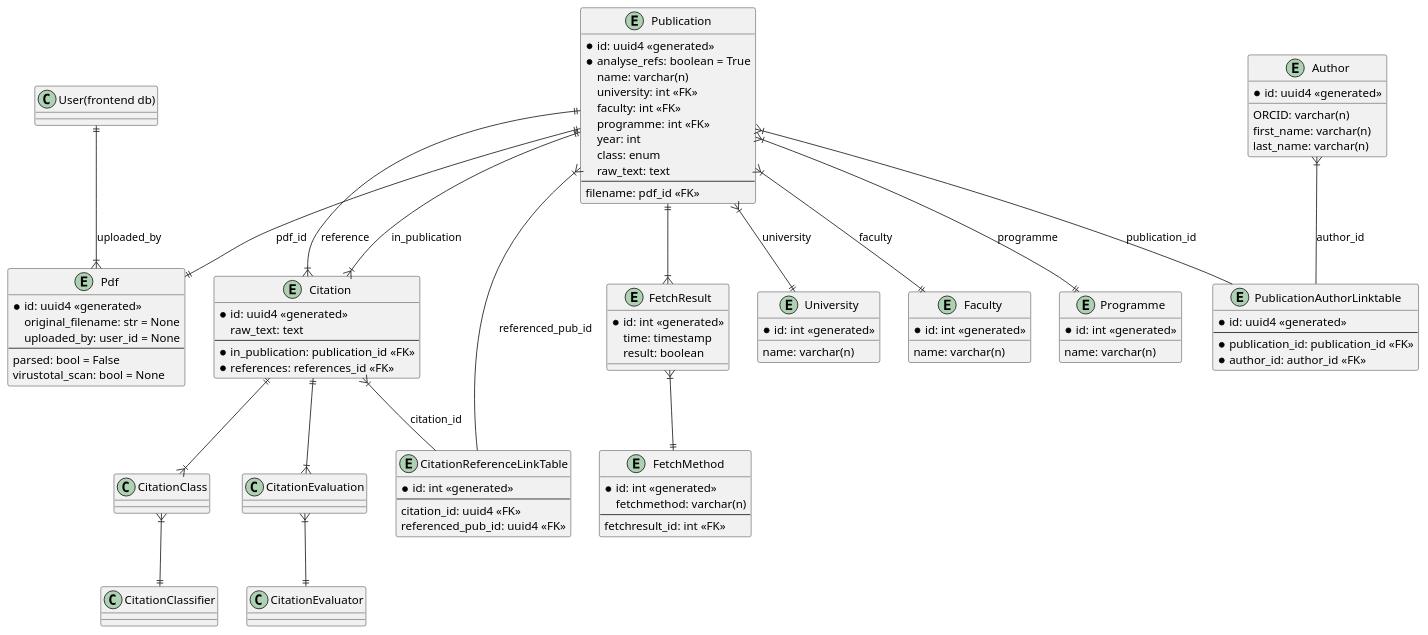
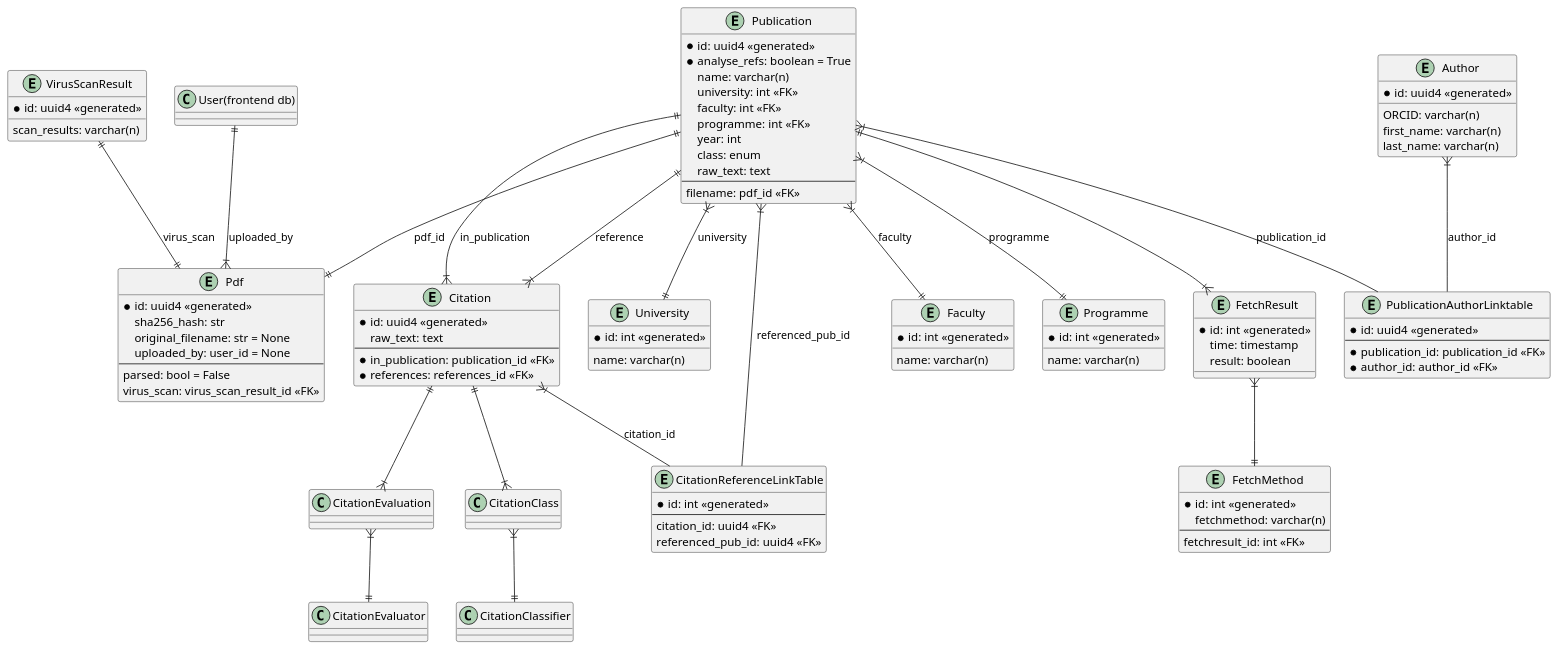
Before and after one commit to ouspg/refhandler: the diagram in docs/database_schema.puml, drawn with PlantUML. The commit also changed 12 other files, not shown here.

```diff
--- a/docs/database_schema.puml
+++ b/docs/database_schema.puml
@@ -1,108 +1,115 @@
 @startuml Database Schema
 'skinparam linetype ortho
 
 entity Publication{
     *id: uuid4 <<generated>>
     *analyse_refs: boolean = True
     name: varchar(n)
     university: int <<FK>>
     faculty: int <<FK>>
     programme: int <<FK>>
     year: int
     class: enum
     raw_text: text
     --
     filename: pdf_id <<FK>>
 }
 
 entity Pdf {
     *id: uuid4 <<generated>>
+    sha256_hash: str
     original_filename: str = None
     uploaded_by: user_id = None
     --
     parsed: bool = False
-    virustotal_scan: bool = None
+    virus_scan: virus_scan_result_id <<FK>>
+}
+
+entity VirusScanResult {
+    *id: uuid4 <<generated>>
+    scan_results: varchar(n)
 }
 
 entity PublicationAuthorLinktable{
     *id: uuid4 <<generated>>
     --
     *publication_id: publication_id <<FK>>
     *author_id: author_id <<FK>>
 }
 
 entity Author{
     *id: uuid4 <<generated>>
     ORCID: varchar(n)
     first_name: varchar(n)
     last_name: varchar(n)
 }
 
 entity Citation{
     *id: uuid4 <<generated>>
     raw_text: text
     --
     *in_publication: publication_id <<FK>>
     *references: references_id <<FK>>
 }
 
 entity CitationReferenceLinkTable{
     *id: int <<generated>>
     --
     citation_id: uuid4 <<FK>>
     referenced_pub_id: uuid4 <<FK>>
 }
 
 entity FetchResult{
     *id: int <<generated>>
     time: timestamp
     result: boolean
 }
 
 entity FetchMethod{
     *id: int <<generated>>
     fetchmethod: varchar(n)
     --
     fetchresult_id: int <<FK>>
 }
 
 entity University{
     *id: int <<generated>>
     name: varchar(n)
 }
 
 entity Faculty{
     *id: int <<generated>>
     name: varchar(n)
 }
 
 entity Programme{
     *id: int <<generated>>
     name: varchar(n)
 }
 
 "User(frontend db)" ||--|{ Pdf: uploaded_by
+VirusScanResult ||--|| Pdf: virus_scan
 
 Publication ||--|| Pdf: pdf_id
 Publication }|-- PublicationAuthorLinktable: publication_id
 Author }|-- PublicationAuthorLinktable: author_id
 
 Publication ||--|{ FetchResult
 FetchResult }|--|| FetchMethod
 
 Publication ||--|{ Citation: in_publication
 Publication ||--|{ Citation: reference
 
 Citation }|-- CitationReferenceLinkTable: citation_id
 CitationReferenceLinkTable --|{ Publication: referenced_pub_id
 
 Citation ||--|{ CitationClass
 CitationClass }|--|| CitationClassifier
 Citation ||--|{ CitationEvaluation
 CitationEvaluation }|--|| CitationEvaluator
 
 Publication }|--|| University: university
 Publication }|--|| Faculty: faculty
 Publication }|--|| Programme: programme
 
 @enduml
```
